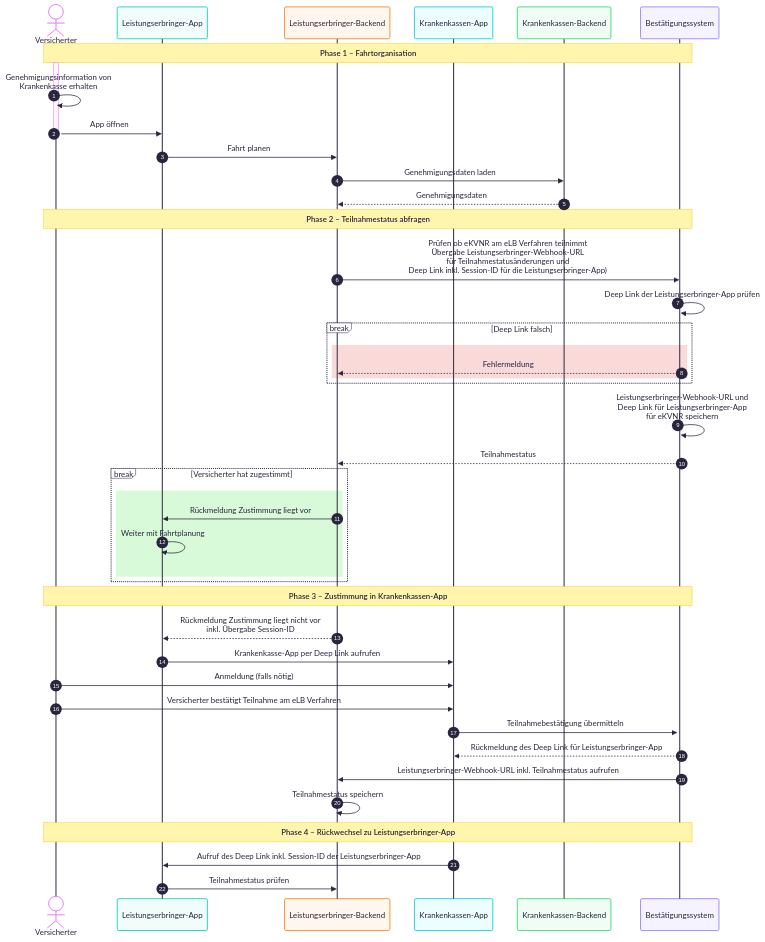
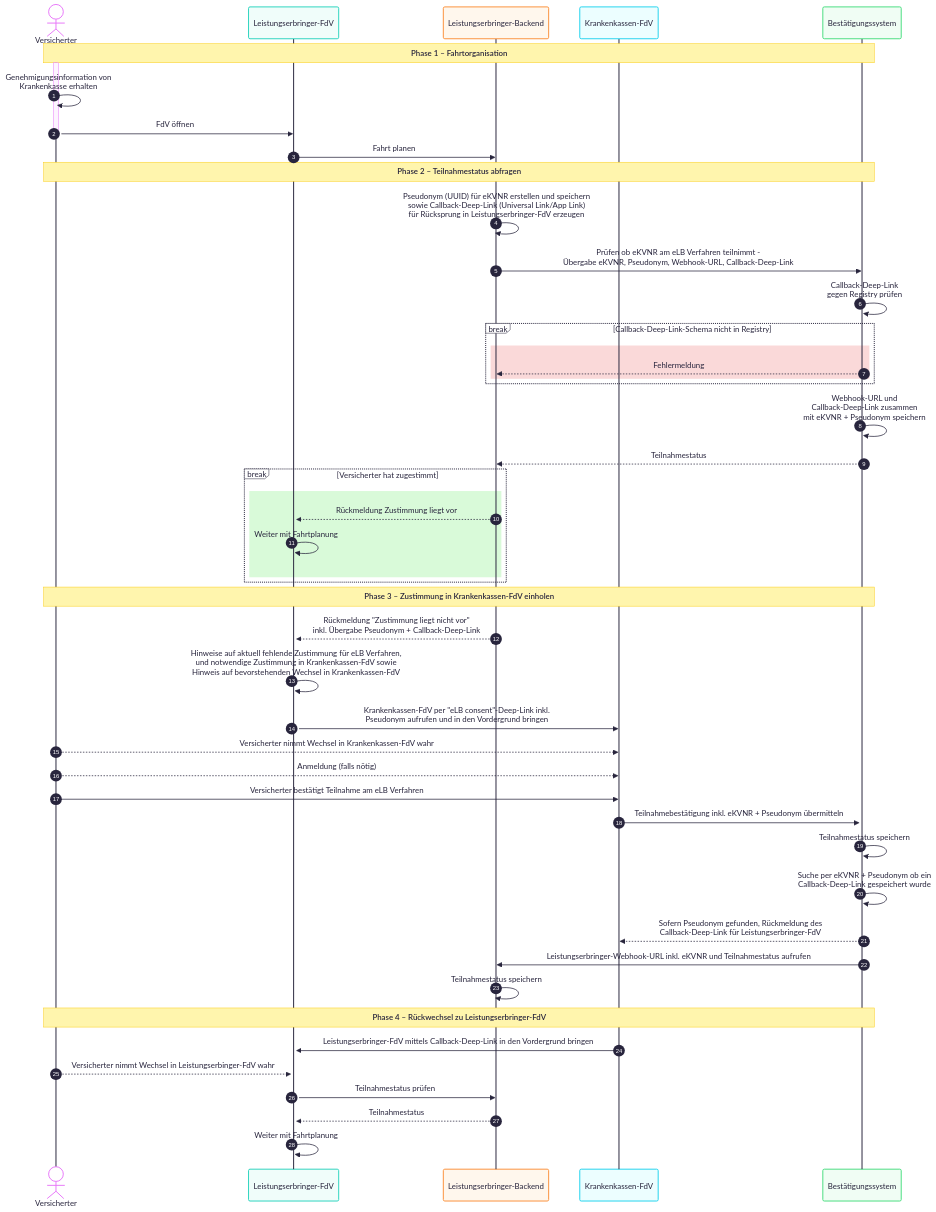
The first of 2 diagrams in docs/APPFLOW.md (kreyssel/eLB), drawn with Mermaid before and after one commit.

Commit message:
fix workflow Anmeldung

````diff
--- a/docs/APPFLOW.md
+++ b/docs/APPFLOW.md
@@ -5,55 +5,60 @@
 ```mermaid
 ---
 config:
   theme: redux-color
 ---
 sequenceDiagram
     actor V as Versicherter
-    participant LER_APP as Leistungserbringer-App
+    participant LER_APP as Leistungserbringer-FdV
     participant LER_BE as Leistungserbringer-Backend
-    participant KK_APP as Krankenkassen-App
-    participant KK_BE as Krankenkassen-Backend
+    participant KK_APP as Krankenkassen-FdV
     participant BS as Bestätigungssystem
     autonumber
 
     Note over V,BS: Phase 1 – Fahrtorganisation
     activate V
     V->>V: Genehmigungsinformation von<br>Krankenkasse erhalten
-    V->>LER_APP: App öffnen
+    V->>LER_APP: FdV öffnen
     deactivate V
     LER_APP->>LER_BE: Fahrt planen
-    LER_BE->>KK_BE: Genehmigungsdaten laden
-    KK_BE-->>LER_BE: Genehmigungsdaten
-
+    activate LER_APP
     Note over V,BS: Phase 2 – Teilnahmestatus abfragen
-    LER_BE->>BS: Prüfen ob eKVNR am eLB Verfahren teilnimmt<br>Übergabe Leistungserbringer-Webhook-URL<br>für Teilnahmestatusänderungen und<br>Deep Link inkl. Session-ID für die Leistungserbringer-App)
+    LER_BE->>LER_BE: Pseudonym (UUID) für eKVNR erstellen und speichern<br>sowie Callback-Deep-Link (Universal Link/App Link)<br>für Rücksprung in Leistungserbringer-FdV erzeugen
+    LER_BE->>BS: Prüfen ob eKVNR am eLB Verfahren teilnimmt -<br>Übergabe eKVNR, Pseudonym, Webhook-URL, Callback-Deep-Link
     activate BS
-    BS->>BS: Deep Link der Leistungserbringer-App prüfen
-    break Deep Link falsch
+    BS->>BS: Callback-Deep-Link<br>gegen Registry prüfen
+    break Callback-Deep-Link-Schema nicht in Registry
       rect rgba(220, 0, 0, 0.15)
         BS-->>LER_BE: Fehlermeldung
       end
     end
-    BS->>BS: Leistungserbringer-Webhook-URL und<br>Deep Link für Leistungserbringer-App<br>für eKVNR speichern
+    BS->>BS: Webhook-URL und<br>Callback-Deep-Link zusammen<br>mit eKVNR + Pseudonym speichern
     BS-->>LER_BE: Teilnahmestatus
     break Versicherter hat zugestimmt
         rect rgba(0, 220, 0, 0.15)
-            LER_BE->>LER_APP: Rückmeldung Zustimmung liegt vor
+            LER_BE-->>LER_APP: Rückmeldung Zustimmung liegt vor
             LER_APP->>LER_APP: Weiter mit Fahrtplanung
         end
     end
 
-    Note over V,BS: Phase 3 – Zustimmung in Krankenkassen-App
-    LER_BE-->>LER_APP: Rückmeldung Zustimmung liegt nicht vor<br>inkl. Übergabe Session-ID
-    LER_APP->>KK_APP: Krankenkasse-App per Deep Link aufrufen
-    V->>KK_APP: Anmeldung (falls nötig)
+    Note over V,BS: Phase 3 – Zustimmung in Krankenkassen-FdV einholen
+    LER_BE-->>LER_APP: Rückmeldung "Zustimmung liegt nicht vor"<br>inkl. Übergabe Pseudonym + Callback-Deep-Link
+    LER_APP->>LER_APP: Hinweise auf aktuell fehlende Zustimmung für eLB Verfahren,<br>und notwendige Zustimmung in Krankenkassen-FdV sowie<br>Hinweis auf bevorstehenden Wechsel in Krankenkassen-FdV
+    LER_APP->>KK_APP: Krankenkassen-FdV per "eLB consent"-Deep-Link inkl.<br>Pseudonym aufrufen und in den Vordergrund bringen
+    V-->>KK_APP: Versicherter nimmt Wechsel in Krankenkassen-FdV wahr
+    V-->>KK_APP: Anmeldung (falls nötig)
     V->>KK_APP: Versicherter bestätigt Teilnahme am eLB Verfahren
-    KK_APP->>BS: Teilnahmebestätigung übermitteln
-    BS-->>KK_APP: Rückmeldung des Deep Link für Leistungserbringer-App    
-    BS->>LER_BE: Leistungserbringer-Webhook-URL inkl. Teilnahmestatus aufrufen
+    KK_APP->>BS: Teilnahmebestätigung inkl. eKVNR + Pseudonym übermitteln
+    BS->>BS: Teilnahmestatus speichern
+    BS->>BS: Suche per eKVNR + Pseudonym ob ein<br>Callback-Deep-Link gespeichert wurde
+    BS-->>KK_APP: Sofern Pseudonym gefunden, Rückmeldung des<br>Callback-Deep-Link für Leistungserbringer-FdV    
+    BS->>LER_BE: Leistungserbringer-Webhook-URL inkl. eKVNR und Teilnahmestatus aufrufen
     LER_BE->>LER_BE: Teilnahmestatus speichern
 
-    Note over V,BS: Phase 4 – Rückwechsel zu Leistungserbringer-App
-    KK_APP->>LER_APP: Aufruf des Deep Link inkl. Session-ID der Leistungserbringer-App
+    Note over V,BS: Phase 4 – Rückwechsel zu Leistungserbringer-FdV
+    KK_APP->>LER_APP: Leistungserbringer-FdV mittels Callback-Deep-Link in den Vordergrund bringen
+    V-->>LER_APP: Versicherter nimmt Wechsel in Leistungserbinger-FdV wahr
     LER_APP->>LER_BE: Teilnahmestatus prüfen
+    LER_BE-->>LER_APP: Teilnahmestatus
+    LER_APP->>LER_APP: Weiter mit Fahrtplanung
 ```
````
